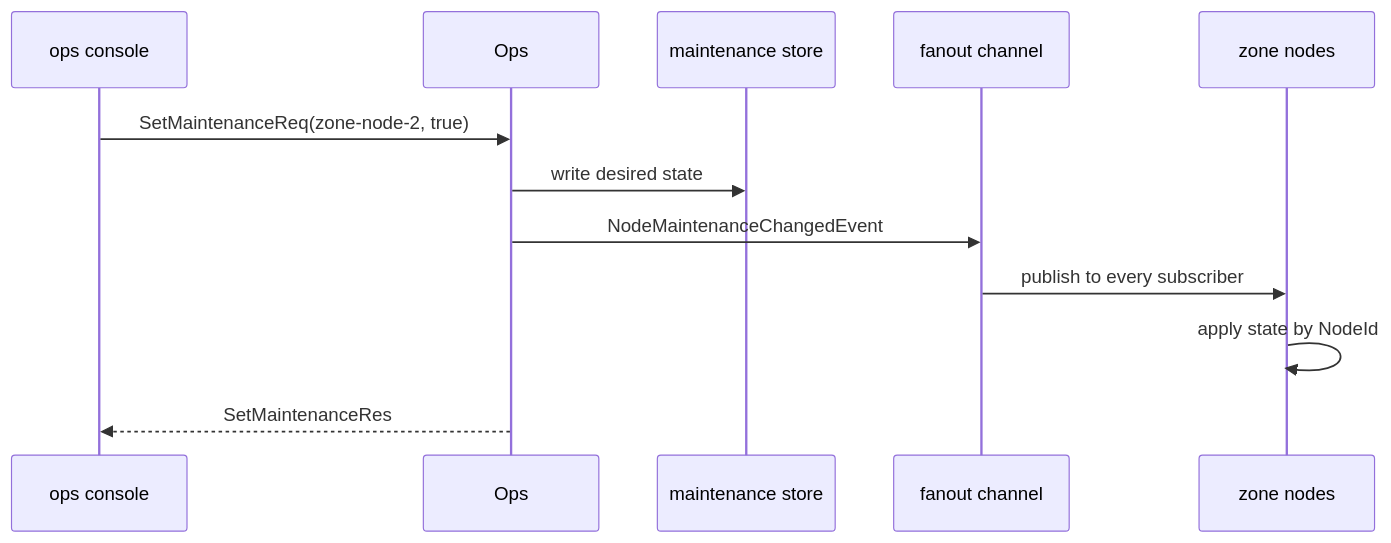
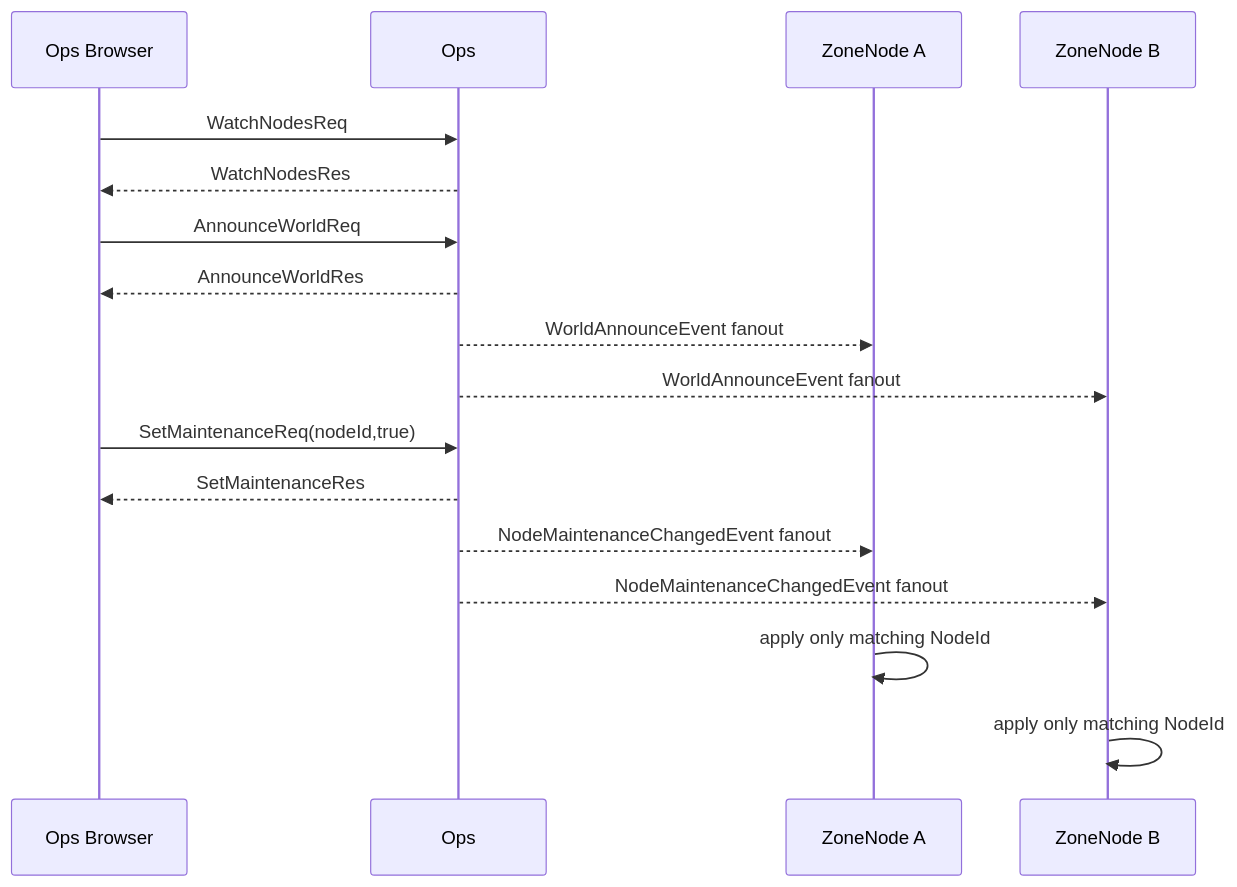
Before and after one commit to kairos-code-dev/zlink: the fourth of 4 diagrams in framework/doc/framework/common/sample/zoneworld/README.ko.md, drawn with Mermaid. The commit also changed other lines of this file and 39 other files, not shown here.

````diff
--- a/framework/doc/framework/common/sample/zoneworld/README.ko.md
+++ b/framework/doc/framework/common/sample/zoneworld/README.ko.md
@@ -745,15 +470,20 @@
 ```mermaid
 sequenceDiagram
-    participant C as ops console
-    participant O as Ops
-    participant S as maintenance store
-    participant F as fanout channel
-    participant N as zone nodes
+    participant O as Ops Browser
+    participant S as Ops
+    participant Z1 as ZoneNode A
+    participant Z2 as ZoneNode B
 
-    C->>O: SetMaintenanceReq(zone-node-2, true)
-    O->>S: write desired state
-    O->>F: NodeMaintenanceChangedEvent
-    F->>N: publish to every subscriber
-    N->>N: apply state by NodeId
-    O-->>C: SetMaintenanceRes
+    O->>S: WatchNodesReq
+    S-->>O: WatchNodesRes
+    O->>S: AnnounceWorldReq
+    S-->>O: AnnounceWorldRes
+    S-->>Z1: WorldAnnounceEvent fanout
+    S-->>Z2: WorldAnnounceEvent fanout
+    O->>S: SetMaintenanceReq(nodeId,true)
+    S-->>O: SetMaintenanceRes
+    S-->>Z1: NodeMaintenanceChangedEvent fanout
+    S-->>Z2: NodeMaintenanceChangedEvent fanout
+    Z1->>Z1: apply only matching NodeId
+    Z2->>Z2: apply only matching NodeId
 ```
````
